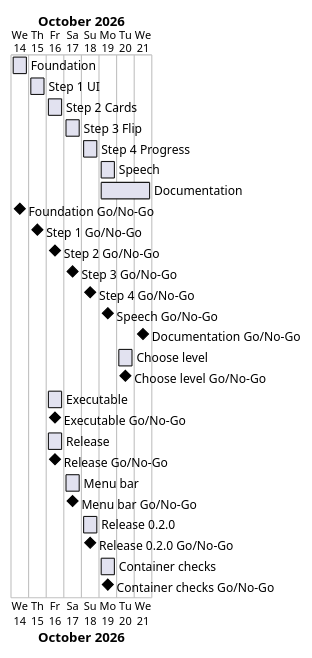
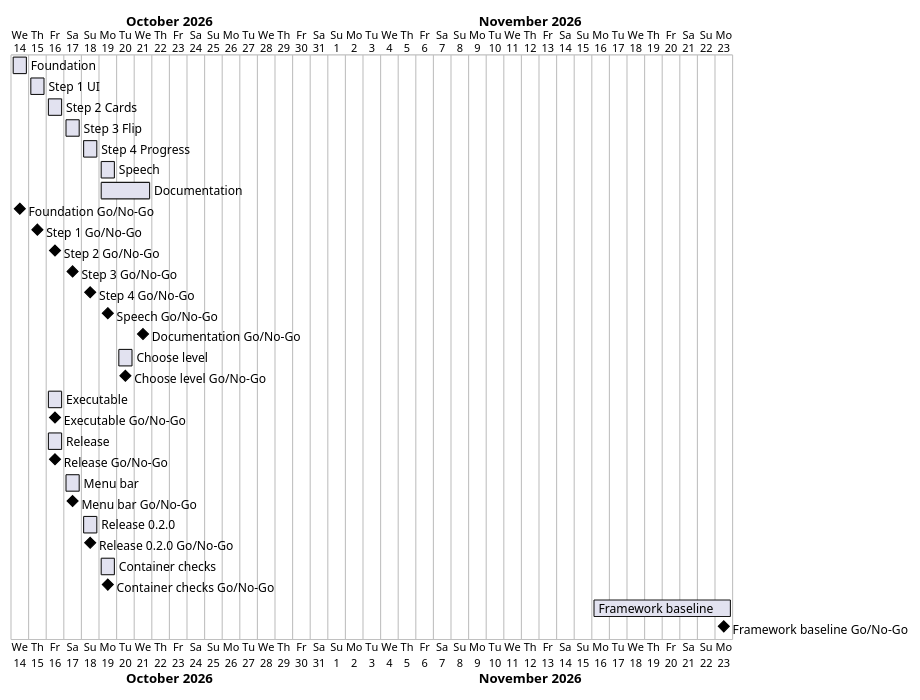
The diagram in docs/project-plan.md (Tirsvad-Udemy-100-days-of-code/031-flash-card), drawn with PlantUML before and after one commit. The commit also changed other lines of this file and 32 other files, not shown here.

First line of the commit message:
MIL-014: bring the project to the framework baseline

````diff
--- a/docs/project-plan.md
+++ b/docs/project-plan.md
@@ -49,31 +54,33 @@
 ```plantuml
 @startgantt
 Project starts 2026-10-14
 [Foundation] starts 2026-10-14 and ends 2026-10-14
 [Step 1 UI] starts 2026-10-15 and ends 2026-10-15
 [Step 2 Cards] starts 2026-10-16 and ends 2026-10-16
 [Step 3 Flip] starts 2026-10-17 and ends 2026-10-17
 [Step 4 Progress] starts 2026-10-18 and ends 2026-10-18
 [Speech] starts 2026-10-19 and ends 2026-10-19
 [Documentation] starts 2026-10-19 and ends 2026-10-21
 [Foundation Go/No-Go] happens 2026-10-14
 [Step 1 Go/No-Go] happens 2026-10-15
 [Step 2 Go/No-Go] happens 2026-10-16
 [Step 3 Go/No-Go] happens 2026-10-17
 [Step 4 Go/No-Go] happens 2026-10-18
 [Speech Go/No-Go] happens 2026-10-19
 [Documentation Go/No-Go] happens 2026-10-21
 [Choose level] starts 2026-10-20 and ends 2026-10-20
 [Choose level Go/No-Go] happens 2026-10-20
 [Executable] starts 2026-10-16 and ends 2026-10-16
 [Executable Go/No-Go] happens 2026-10-16
 [Release] starts 2026-10-16 and ends 2026-10-16
 [Release Go/No-Go] happens 2026-10-16
 [Menu bar] starts 2026-10-17 and ends 2026-10-17
 [Menu bar Go/No-Go] happens 2026-10-17
 [Release 0.2.0] starts 2026-10-18 and ends 2026-10-18
 [Release 0.2.0 Go/No-Go] happens 2026-10-18
 [Container checks] starts 2026-10-19 and ends 2026-10-19
 [Container checks Go/No-Go] happens 2026-10-19
+[Framework baseline] starts 2026-11-16 and ends 2026-11-23
+[Framework baseline Go/No-Go] happens 2026-11-23
 @endgantt
 ```
````
